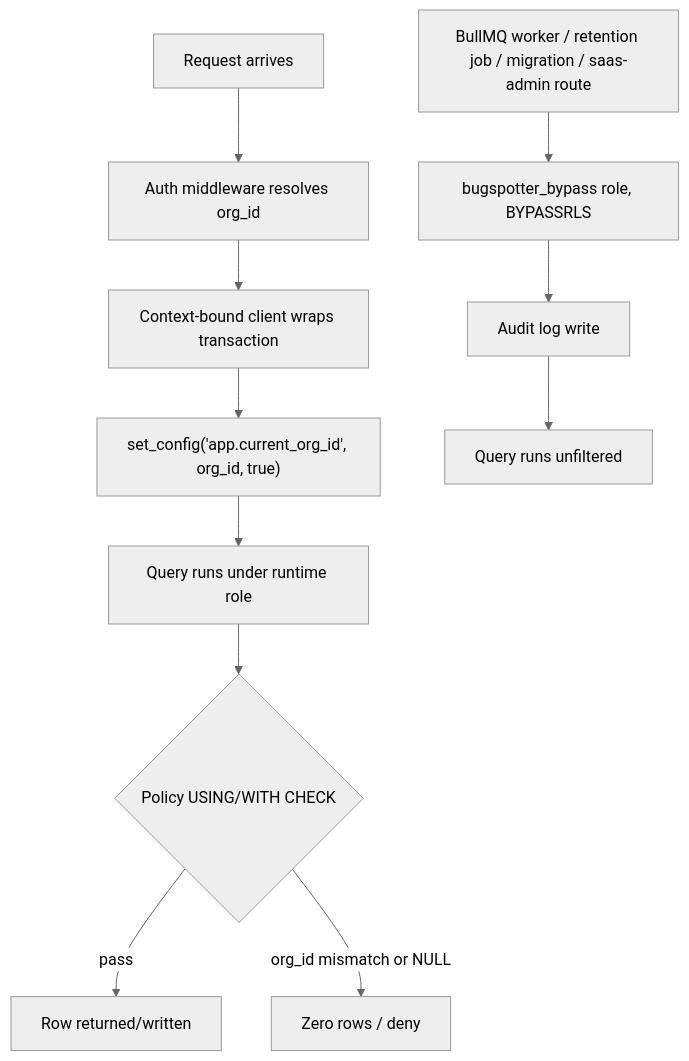
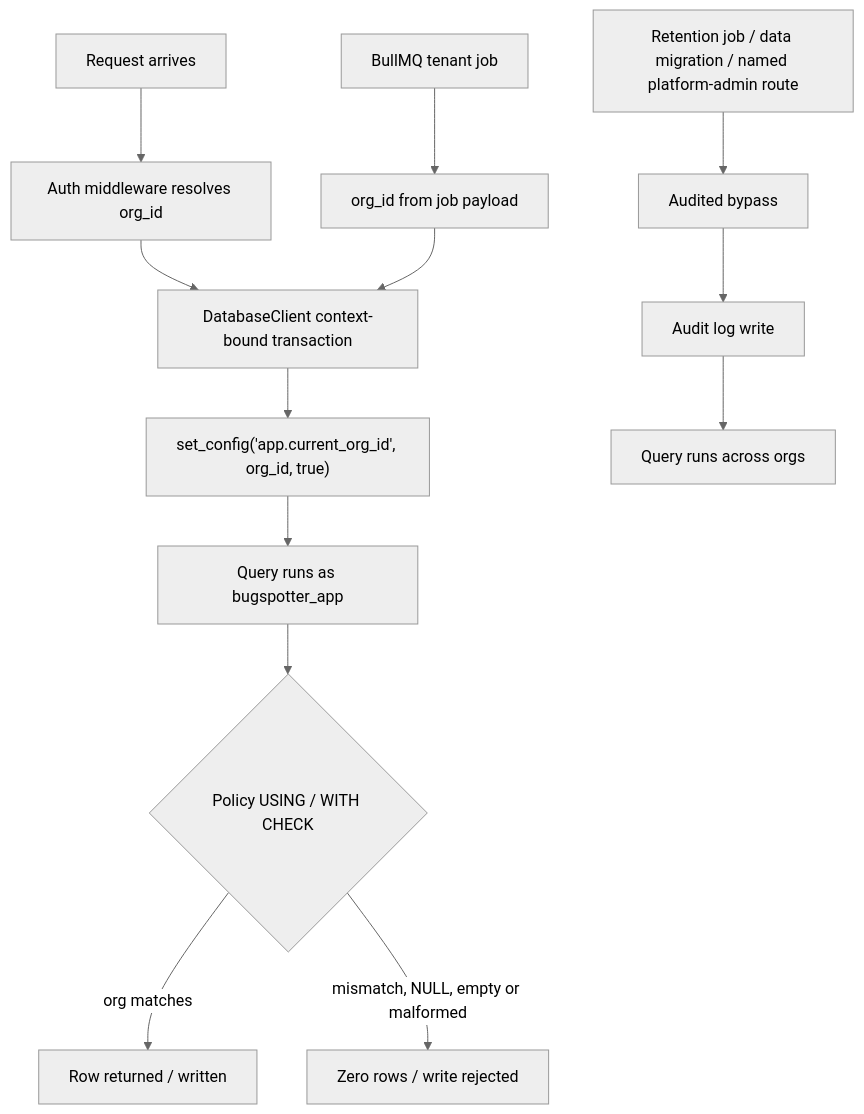
Before and after one commit to apex-bridge/bugspotter: the diagram in docs/specs/0451-rls-slice-1-adr-spec-for-postgres-row-le.md, drawn with Mermaid (neutral theme). The commit also changed other lines of this file, not shown here.

````diff
--- a/docs/specs/0451-rls-slice-1-adr-spec-for-postgres-row-le.md
+++ b/docs/specs/0451-rls-slice-1-adr-spec-for-postgres-row-le.md
@@ -99,14 +110,17 @@
 ```mermaid
 flowchart TD
     A[Request arrives] --> B[Auth middleware resolves org_id]
-    B --> C[Context-bound client wraps transaction]
+    B --> C[DatabaseClient context-bound transaction]
     C --> D["set_config('app.current_org_id', org_id, true)"]
-    D --> E[Query runs under runtime role]
-    E --> F{Policy USING/WITH CHECK}
-    F -->|pass| G[Row returned/written]
-    F -->|org_id mismatch or NULL| H[Zero rows / deny]
+    D --> E[Query runs as bugspotter_app]
+    E --> F{Policy USING / WITH CHECK}
+    F -->|org matches| G[Row returned / written]
+    F -->|mismatch, NULL, empty or malformed| H[Zero rows / write rejected]
 
-    I[BullMQ worker / retention job / migration / saas-admin route] --> J[bugspotter_bypass role, BYPASSRLS]
-    J --> K[Audit log write]
-    K --> L[Query runs unfiltered]
+    W[BullMQ tenant job] --> W1[org_id from job payload]
+    W1 --> C
+
+    X[Retention job / data migration / named platform-admin route] --> Y[Audited bypass]
+    Y --> Z[Audit log write]
+    Z --> Q[Query runs across orgs]
 ```
````
